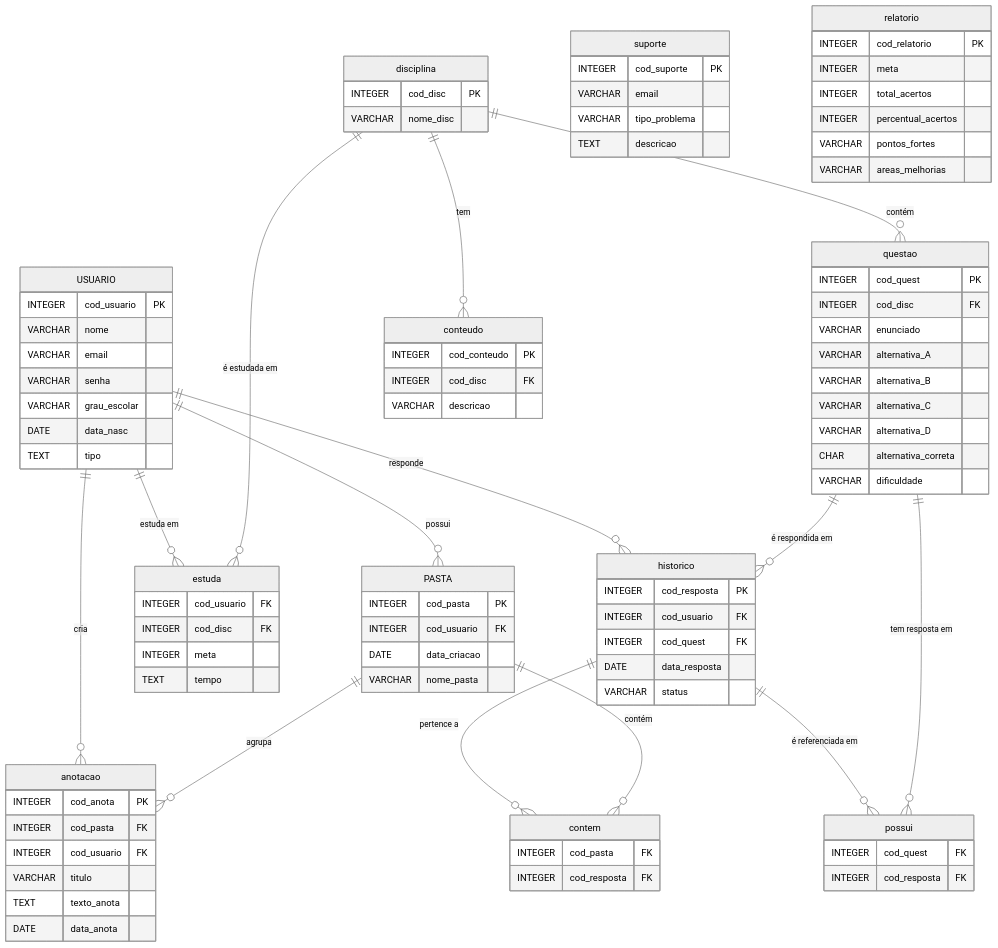
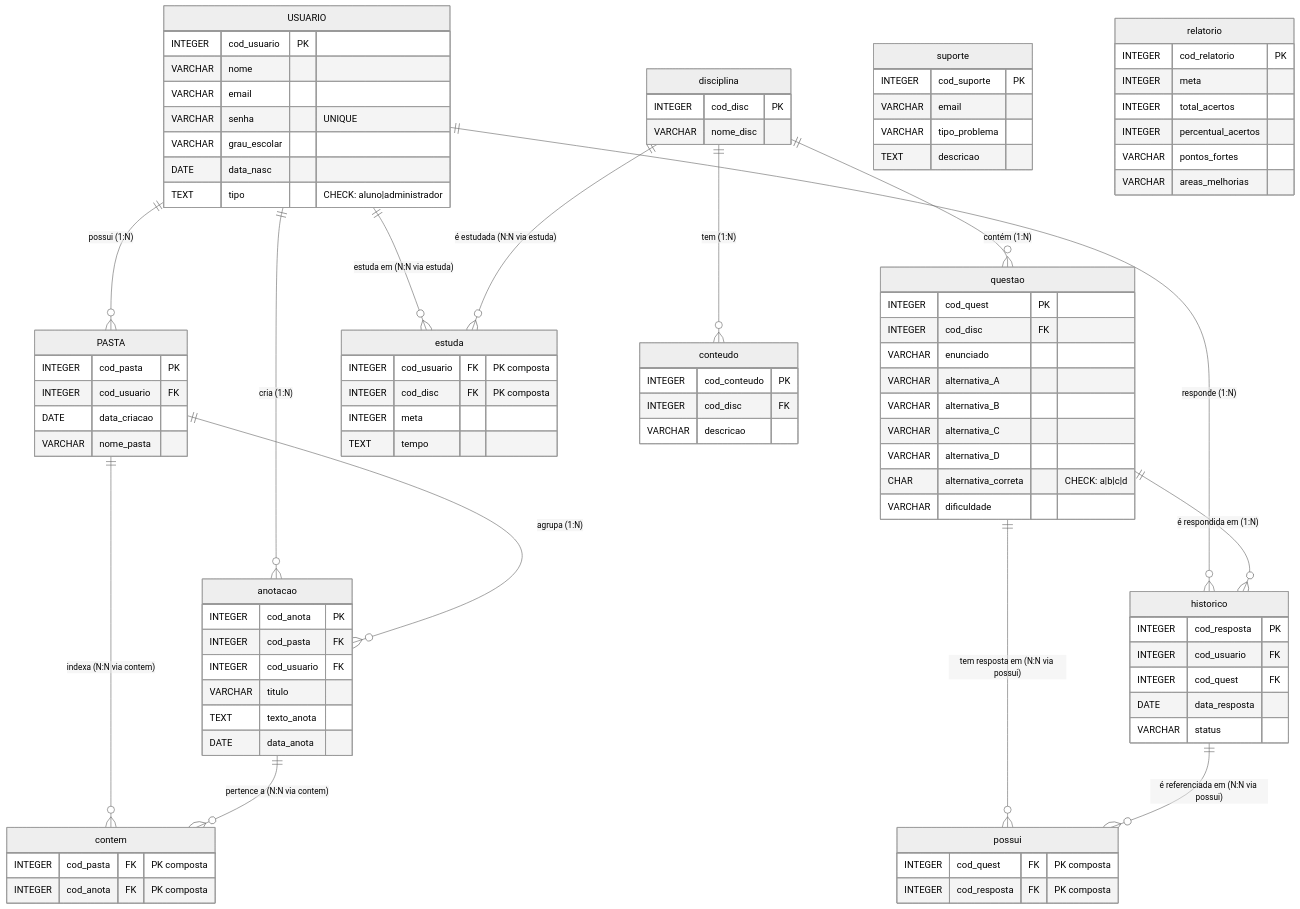
One commit to walescaamaro/LuminaSaber changed the diagram in docs/erd.mmd. Above: the diagram before and after it, drawn with Mermaid (neutral theme).

Commit message:
Refactor ERD with constraints and relationships

```diff
--- a/docs/erd.mmd
+++ b/docs/erd.mmd
@@ -1,93 +1,93 @@
 erDiagram
     USUARIO {
         INTEGER cod_usuario PK
         VARCHAR nome
         VARCHAR email
-        VARCHAR senha
+        VARCHAR senha "UNIQUE"
         VARCHAR grau_escolar
         DATE data_nasc
-        TEXT tipo
+        TEXT tipo "CHECK: aluno|administrador"
     }
     disciplina {
         INTEGER cod_disc PK
         VARCHAR nome_disc
+    }
+    questao {
+        INTEGER cod_quest PK
+        INTEGER cod_disc FK
+        VARCHAR enunciado
+        VARCHAR alternativa_A
+        VARCHAR alternativa_B
+        VARCHAR alternativa_C
+        VARCHAR alternativa_D
+        CHAR alternativa_correta "CHECK: a|b|c|d"
+        VARCHAR dificuldade
+    }
+    historico {
+        INTEGER cod_resposta PK
+        INTEGER cod_usuario FK
+        INTEGER cod_quest FK
+        DATE data_resposta
+        VARCHAR status
+    }
+    PASTA {
+        INTEGER cod_pasta PK
+        INTEGER cod_usuario FK
+        DATE data_criacao
+        VARCHAR nome_pasta
+    }
+    anotacao {
+        INTEGER cod_anota PK
+        INTEGER cod_pasta FK
+        INTEGER cod_usuario FK
+        VARCHAR titulo
+        TEXT texto_anota
+        DATE data_anota
+    }
+    estuda {
+        INTEGER cod_usuario FK "PK composta"
+        INTEGER cod_disc FK "PK composta"
+        INTEGER meta
+        TEXT tempo
+    }
+    conteudo {
+        INTEGER cod_conteudo PK
+        INTEGER cod_disc FK
+        VARCHAR descricao
     }
     suporte {
         INTEGER cod_suporte PK
         VARCHAR email
         VARCHAR tipo_problema
         TEXT descricao
     }
     relatorio {
         INTEGER cod_relatorio PK
         INTEGER meta
         INTEGER total_acertos
         INTEGER percentual_acertos
         VARCHAR pontos_fortes
         VARCHAR areas_melhorias
     }
-    PASTA {
-        INTEGER cod_pasta PK
-        INTEGER cod_usuario FK
-        DATE data_criacao
-        VARCHAR nome_pasta
-    }
-    questao {
-        INTEGER cod_quest PK
-        INTEGER cod_disc FK
-        VARCHAR enunciado
-        VARCHAR alternativa_A
-        VARCHAR alternativa_B
-        VARCHAR alternativa_C
-        VARCHAR alternativa_D
-        CHAR alternativa_correta
-        VARCHAR dificuldade
-    }
-    conteudo {
-        INTEGER cod_conteudo PK
-        INTEGER cod_disc FK
-        VARCHAR descricao
-    }
-    estuda {
-        INTEGER cod_usuario FK
-        INTEGER cod_disc FK
-        INTEGER meta
-        TEXT tempo
-    }
-    historico {
-        INTEGER cod_resposta PK
-        INTEGER cod_usuario FK
-        INTEGER cod_quest FK
-        DATE data_resposta
-        VARCHAR status
-    }
-    anotacao {
-        INTEGER cod_anota PK
-        INTEGER cod_pasta FK
-        INTEGER cod_usuario FK
-        VARCHAR titulo
-        TEXT texto_anota
-        DATE data_anota
-    }
     contem {
-        INTEGER cod_pasta FK
-        INTEGER cod_resposta FK
+        INTEGER cod_pasta FK "PK composta"
+        INTEGER cod_anota FK "PK composta"
     }
     possui {
-        INTEGER cod_quest FK
-        INTEGER cod_resposta FK
+        INTEGER cod_quest FK "PK composta"
+        INTEGER cod_resposta FK "PK composta"
     }
 
-    USUARIO ||--o{ PASTA : "possui"
-    USUARIO ||--o{ estuda : "estuda em"
-    USUARIO ||--o{ historico : "responde"
-    USUARIO ||--o{ anotacao : "cria"
-    disciplina ||--o{ questao : "contém"
-    disciplina ||--o{ conteudo : "tem"
-    disciplina ||--o{ estuda : "é estudada em"
-    questao ||--o{ historico : "é respondida em"
-    historico ||--o{ contem : "pertence a"
-    PASTA ||--o{ contem : "contém"
-    historico ||--o{ possui : "é referenciada em"
-    questao ||--o{ possui : "tem resposta em"
-    PASTA ||--o{ anotacao : "agrupa"
+    USUARIO ||--o{ PASTA : "possui (1:N)"
+    USUARIO ||--o{ estuda : "estuda em (N:N via estuda)"
+    USUARIO ||--o{ historico : "responde (1:N)"
+    USUARIO ||--o{ anotacao : "cria (1:N)"
+    disciplina ||--o{ questao : "contém (1:N)"
+    disciplina ||--o{ conteudo : "tem (1:N)"
+    disciplina ||--o{ estuda : "é estudada (N:N via estuda)"
+    questao ||--o{ historico : "é respondida em (1:N)"
+    PASTA ||--o{ anotacao : "agrupa (1:N)"
+    PASTA ||--o{ contem : "indexa (N:N via contem)"
+    anotacao ||--o{ contem : "pertence a (N:N via contem)"
+    questao ||--o{ possui : "tem resposta em (N:N via possui)"
+    historico ||--o{ possui : "é referenciada em (N:N via possui)"
```
